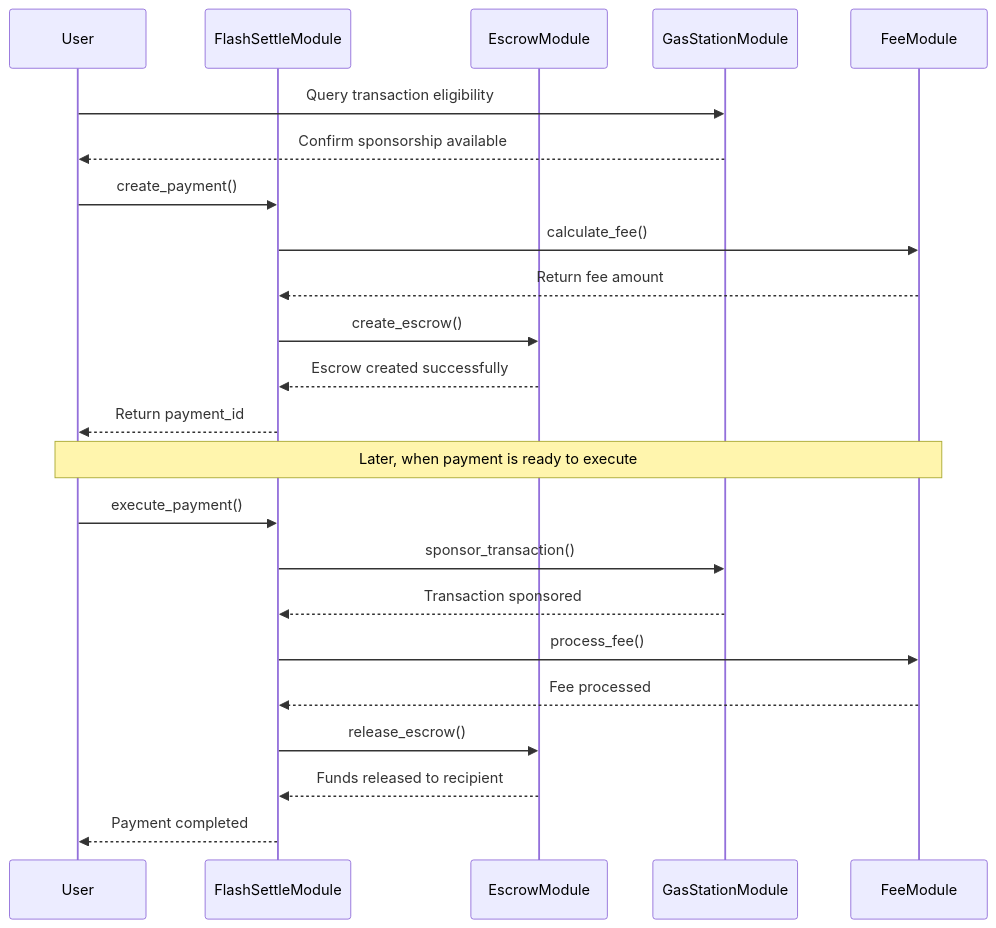
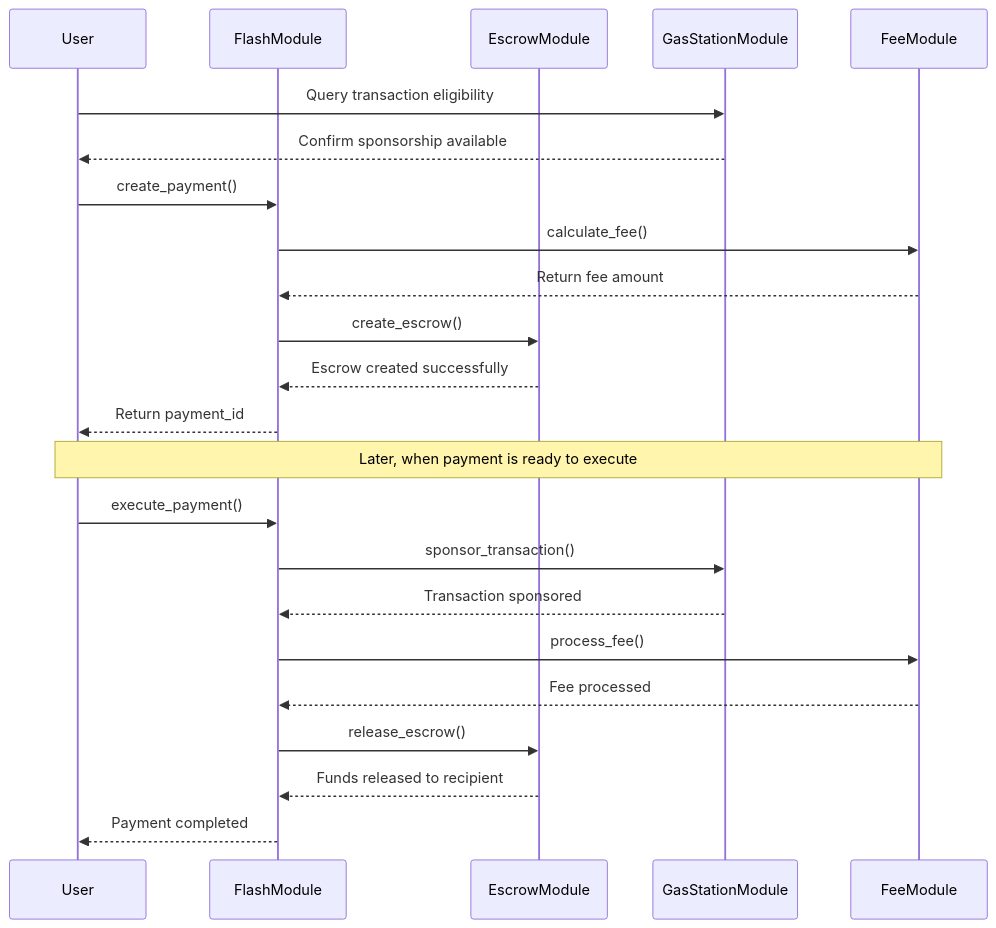
The fifth of 6 diagrams in docs/smart-contracts.md (jaffarkeikei/Flash-spurhacks), drawn with Mermaid before and after one commit. The commit also changed other lines of this file and 3 other files, not shown here.

Commit message:
docs: update branding from FlashSettle to Flash

````diff
--- a/docs/smart-contracts.md
+++ b/docs/smart-contracts.md
@@ -637,29 +637,29 @@
 ```mermaid
 sequenceDiagram
     participant User
-    participant FM as FlashSettleModule
+    participant FM as FlashModule
     participant EM as EscrowModule
     participant GSM as GasStationModule
     participant FeeM as FeeModule
-    
+
     User->>GSM: Query transaction eligibility
     GSM-->>User: Confirm sponsorship available
-    
+
     User->>FM: create_payment()
     FM->>FeeM: calculate_fee()
     FeeM-->>FM: Return fee amount
     FM->>EM: create_escrow()
     EM-->>FM: Escrow created successfully
     FM-->>User: Return payment_id
-    
+
     Note over User,FeeM: Later, when payment is ready to execute
-    
+
     User->>FM: execute_payment()
     FM->>GSM: sponsor_transaction()
     GSM-->>FM: Transaction sponsored
     FM->>FeeM: process_fee()
     FeeM-->>FM: Fee processed
     FM->>EM: release_escrow()
     EM-->>FM: Funds released to recipient
     FM-->>User: Payment completed
 ```
````
